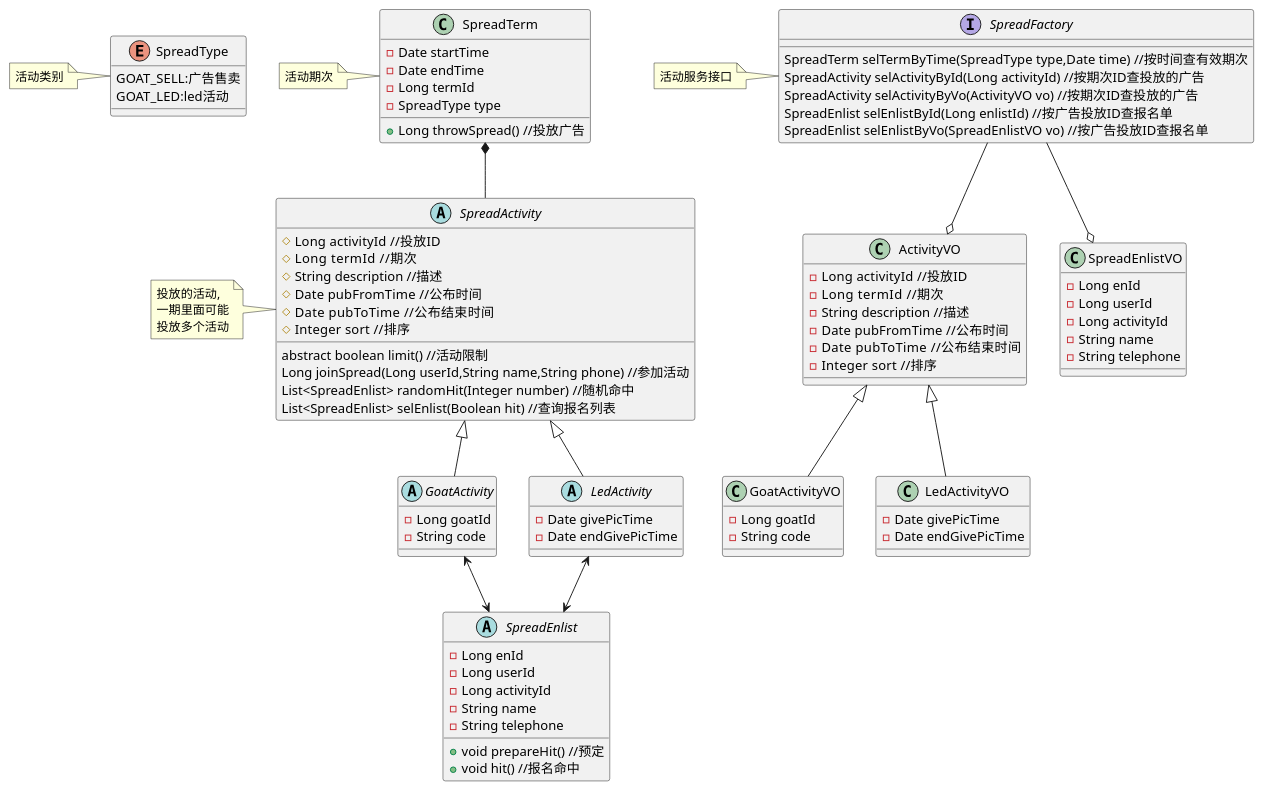
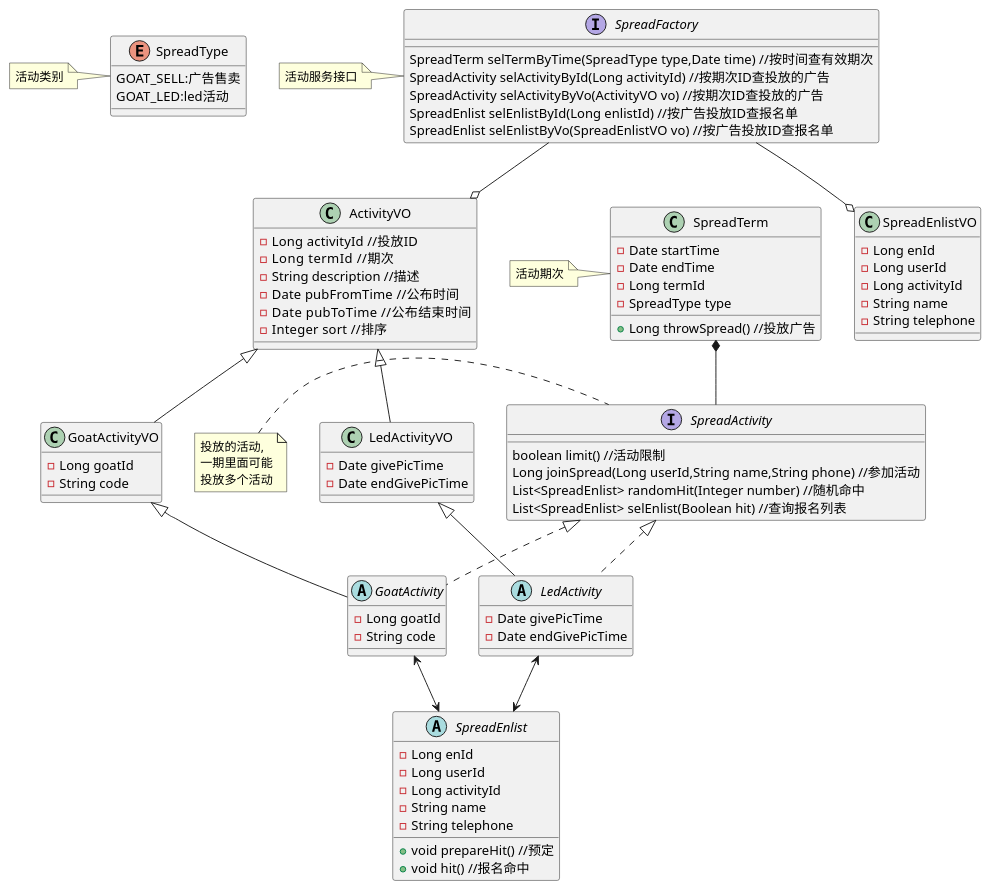
Before and after one commit to pogy/main-pom: the diagram in main4-spread/main4-spread-api/src/main/resources/spread_class.puml, drawn with PlantUML. The commit also changed 1 other file, not shown here.

```diff
--- a/main4-spread/main4-spread-api/src/main/resources/spread_class.puml
+++ b/main4-spread/main4-spread-api/src/main/resources/spread_class.puml
@@ -1,108 +1,103 @@
 @startuml
 
 enum SpreadType{
 GOAT_SELL:广告售卖
 GOAT_LED:led活动
 }
 
 note left of SpreadType:活动类别
 
 class SpreadTerm{
 -Date startTime
 -Date endTime
 -Long termId
 -SpreadType type
 
 +Long throwSpread() //投放广告
 }
 
 note left of SpreadTerm:活动期次
 
-abstract class SpreadActivity{
-#Long activityId  //投放ID
-#Long termId   //期次
-#String description //描述
-#Date pubFromTime  //公布时间
-#Date pubToTime   //公布结束时间
-#Integer sort  //排序
-
-abstract boolean limit() //活动限制
+interface SpreadActivity{
+boolean limit() //活动限制
 Long joinSpread(Long userId,String name,String phone) //参加活动
 List<SpreadEnlist> randomHit(Integer number) //随机命中
 List<SpreadEnlist> selEnlist(Boolean hit) //查询报名列表
 }
 
 note left of SpreadActivity:投放的活动,\n一期里面可能\n投放多个活动
 
 abstract class GoatActivity{
 -Long goatId
 -String code
 }
 
 class ActivityVO{
 -Long activityId  //投放ID
 -Long termId   //期次
 -String description //描述
 -Date pubFromTime  //公布时间
 -Date pubToTime   //公布结束时间
 -Integer sort  //排序
 }
 
 class GoatActivityVO{
 -Long goatId
 -String code
 }
 
 abstract class LedActivity{
 -Date givePicTime
 -Date endGivePicTime
 }
 
 class LedActivityVO{
 -Date givePicTime
 -Date endGivePicTime
 }
 
 abstract class SpreadEnlist{
 -Long enId
 -Long userId
 -Long activityId
 -String name
 -String telephone
 
 +void prepareHit() //预定
 +void hit() //报名命中
 }
 
 class SpreadEnlistVO{
 -Long enId
 -Long userId
 -Long activityId
 -String name
 -String telephone
 }
 
 interface SpreadFactory{
 SpreadTerm selTermByTime(SpreadType type,Date time) //按时间查有效期次
 SpreadActivity selActivityById(Long activityId) //按期次ID查投放的广告
 SpreadActivity selActivityByVo(ActivityVO vo) //按期次ID查投放的广告
 SpreadEnlist selEnlistById(Long enlistId) //按广告投放ID查报名单
 SpreadEnlist selEnlistByVo(SpreadEnlistVO vo) //按广告投放ID查报名单
 
 }
 
 note left of SpreadFactory:活动服务接口
-SpreadActivity <|-- GoatActivity
+SpreadActivity <|.. GoatActivity
 
-SpreadActivity <|-- LedActivity
+SpreadActivity <|.. LedActivity
 
 SpreadTerm *-- SpreadActivity
 
 GoatActivity <--> SpreadEnlist
 LedActivity <--> SpreadEnlist
 SpreadFactory --o SpreadEnlistVO
 SpreadFactory --o ActivityVO
 ActivityVO <|-- LedActivityVO
 ActivityVO <|-- GoatActivityVO
 
+LedActivityVO <|-- LedActivity
+GoatActivityVO <|-- GoatActivity
 @enduml
```
